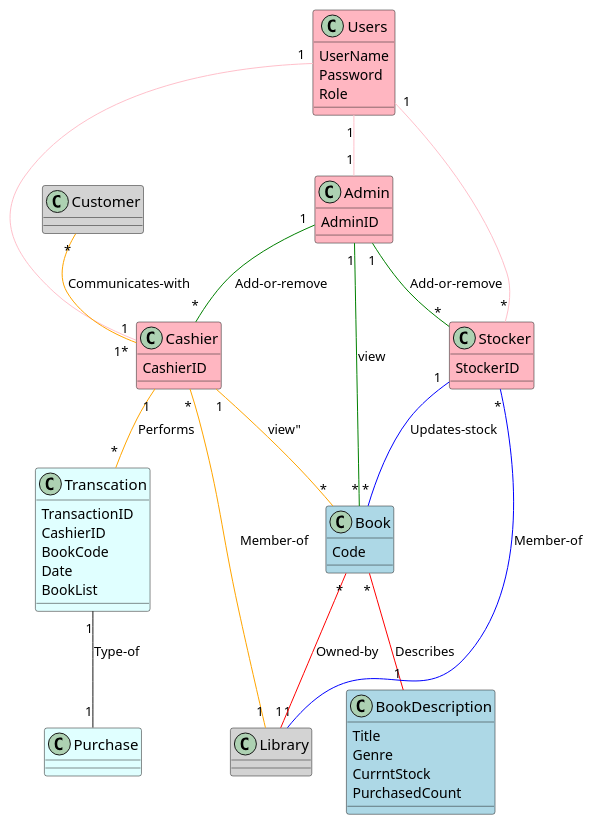
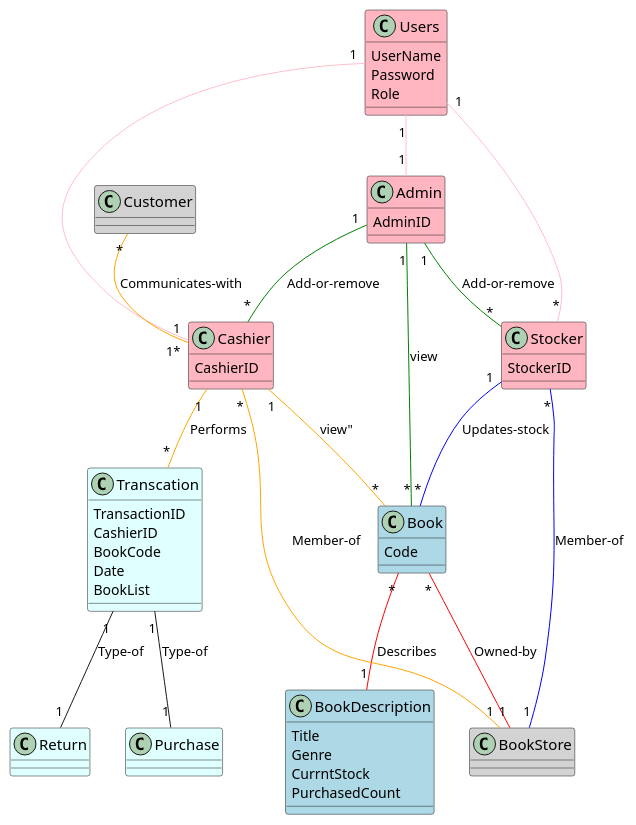
The diagram in class_diagrams/class_diagram.puml (HabibaMekay/Bookstore-Management-System), drawn with PlantUML before and after one commit.

Commit message:
small edits#4

```diff
--- a/class_diagrams/class_diagram.puml
+++ b/class_diagrams/class_diagram.puml
@@ -1,82 +1,85 @@
 @startuml
 
-class Library #LightGray{
+class BookStore #LightGray{
 
 }
 
 class Users #LightPink{
 UserName
 Password
 Role
 
 
 }
 
 class Cashier #LightPink{
 CashierID
 
 }
 
 class Stocker #LightPink{
 StockerID
 }
 
 class Admin #LightPink{
 AdminID
 }
 
 class Book #LightBlue  {
 Code
 }
 
 class BookDescription #LightBlue   {
 Title
 Genre
 CurrntStock
 PurchasedCount
 }
 
 class Transcation #LightCyan{
 TransactionID
 CashierID
 BookCode
 Date
 BookList
 }
 
 class Purchase #LightCyan{
 }
 
+class Return #LightCyan{
+}
 class Customer #LightGray{
 
 }
 
 
 
 Users "1" -- "1" Cashier #pink
 Users "1" -- "*" Stocker #pink
 Users "1" -- "1" Admin  #pink
 
 Stocker "1" -- "*" Book #blue:"Updates-stock"
 Admin "1" -- "*" Cashier #green : "Add-or-remove"
 Admin "1" -- "*" Stocker #green: "Add-or-remove"
 Cashier "1" -- "*" Transcation #orange: "Performs"
 Admin "1" -- "*" Book #green: "view"
 Cashier"1" -- "*" Book #orange: "view""
 Book "*" -- "1" BookDescription #red: "Describes"
-Cashier"*" -- "1" Library #orange: "Member-of"
-Stocker"*" -- "1" Library #blue : "Member-of"
+Cashier"*" -- "1" BookStore #orange: "Member-of"
+Stocker"*" -- "1" BookStore #blue : "Member-of"
 Customer"*" -- "1*" Cashier #orange: "Communicates-with "
-Book"*" -- "1" Library#red: "Owned-by"
+Book"*" -- "1" BookStore#red: "Owned-by"
 Transcation"1" -- "1" Purchase : "Type-of"
+Transcation"1" -- "1" Return : "Type-of"
 
 
 skinparam class {
 FontName Times New Roman
 FontSize 15
  }
 
 
 
 
 @enduml
```
